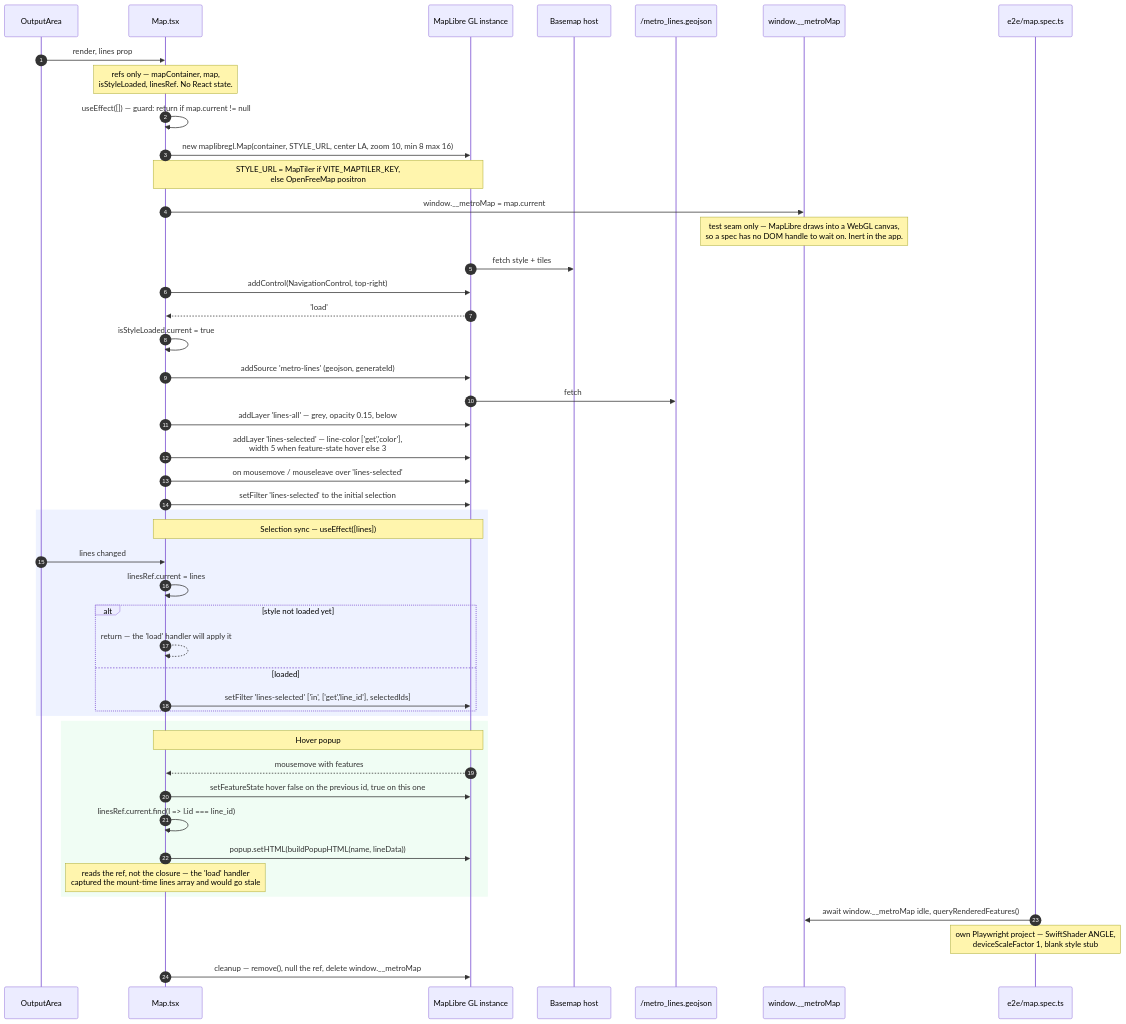
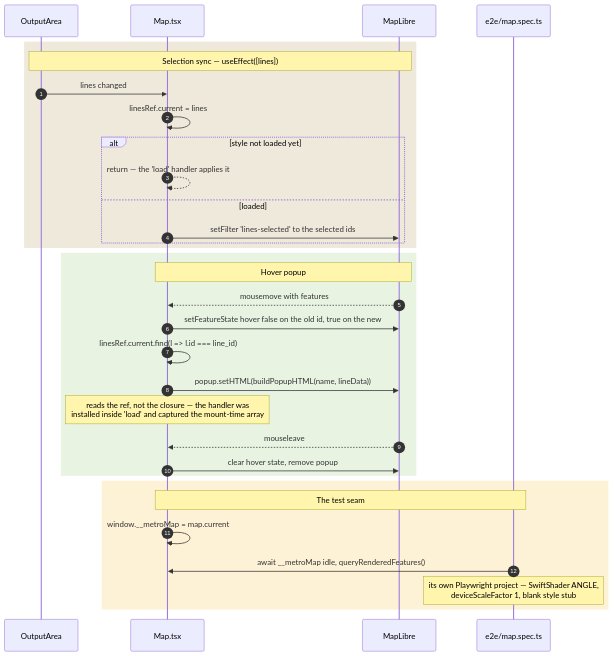
One commit to streetsforall/metro_ridership_app changed diagram 16 of 21 in docs/architecture/diagrams.md. Above: the diagram before and after it, drawn with Mermaid. The commit also changed other lines of this file and 38 other files, not shown here.

First line of the commit message:
docs: redraw the diagrams in the app's palette, and unstick CLAUDE.md

````diff
--- a/docs/architecture/diagrams.md
+++ b/docs/architecture/diagrams.md
@@ -971,57 +1060,37 @@
 ```mermaid
 sequenceDiagram
   autonumber
   participant OA as OutputArea
   participant M as Map.tsx
-  participant ML as MapLibre GL instance
-  participant Tiles as Basemap host
-  participant Geo as /metro_lines.geojson
-  participant W as window.__metroMap
+  participant ML as MapLibre
   participant Spec as e2e/map.spec.ts
 
-  OA->>M: render, lines prop
-
-  Note over M: refs only — mapContainer, map,<br/>isStyleLoaded, linesRef. No React state.
-
-  M->>M: useEffect([]) — guard: return if map.current != null
-  M->>ML: new maplibregl.Map(container, STYLE_URL, center LA, zoom 10, min 8 max 16)
-  Note over M,ML: STYLE_URL = MapTiler if VITE_MAPTILER_KEY,<br/>else OpenFreeMap positron
-  M->>W: window.__metroMap = map.current
-  Note over W: test seam only — MapLibre draws into a WebGL canvas,<br/>so a spec has no DOM handle to wait on. Inert in the app.
-  ML->>Tiles: fetch style + tiles
-  M->>ML: addControl(NavigationControl, top-right)
-
-  ML-->>M: 'load'
-  M->>M: isStyleLoaded.current = true
-  M->>ML: addSource 'metro-lines' (geojson, generateId)
-  ML->>Geo: fetch
-  M->>ML: addLayer 'lines-all' — grey, opacity 0.15, below
-  M->>ML: addLayer 'lines-selected' — line-color ['get','color'],<br/>width 5 when feature-state hover else 3
-  M->>ML: on mousemove / mouseleave over 'lines-selected'
-  M->>ML: setFilter 'lines-selected' to the initial selection
-
-  rect rgb(238, 242, 255)
-    Note over M,ML: Selection sync — useEffect([lines])
+  rect rgb(239, 233, 219)
+    Note over OA,ML: Selection sync — useEffect([lines])
     OA->>M: lines changed
     M->>M: linesRef.current = lines
     alt style not loaded yet
-      M-->>M: return — the 'load' handler will apply it
+      M-->>M: return — the 'load' handler applies it
     else loaded
-      M->>ML: setFilter 'lines-selected' ['in', ['get','line_id'], selectedIds]
+      M->>ML: setFilter 'lines-selected' to the selected ids
     end
   end
 
-  rect rgb(240, 253, 244)
+  rect rgb(232, 243, 226)
     Note over ML,M: Hover popup
     ML-->>M: mousemove with features
-    M->>ML: setFeatureState hover false on the previous id, true on this one
+    M->>ML: setFeatureState hover false on the old id, true on the new
     M->>M: linesRef.current.find(l => l.id === line_id)
     M->>ML: popup.setHTML(buildPopupHTML(name, lineData))
-    Note over M: reads the ref, not the closure — the 'load' handler<br/>captured the mount-time lines array and would go stale
+    Note over M: reads the ref, not the closure — the handler was<br/>installed inside 'load' and captured the mount-time array
+    ML-->>M: mouseleave
+    M->>ML: clear hover state, remove popup
   end
 
-  Spec->>W: await window.__metroMap idle, queryRenderedFeatures()
-  Note over Spec: own Playwright project — SwiftShader ANGLE,<br/>deviceScaleFactor 1, blank style stub
-
-  M->>ML: cleanup — remove(), null the ref, delete window.__metroMap
+  rect rgb(253, 242, 214)
+    Note over M,Spec: The test seam
+    M->>M: window.__metroMap = map.current
+    Spec->>M: await __metroMap idle, queryRenderedFeatures()
+    Note over Spec: its own Playwright project — SwiftShader ANGLE,<br/>deviceScaleFactor 1, blank style stub
+  end
 ```
````
